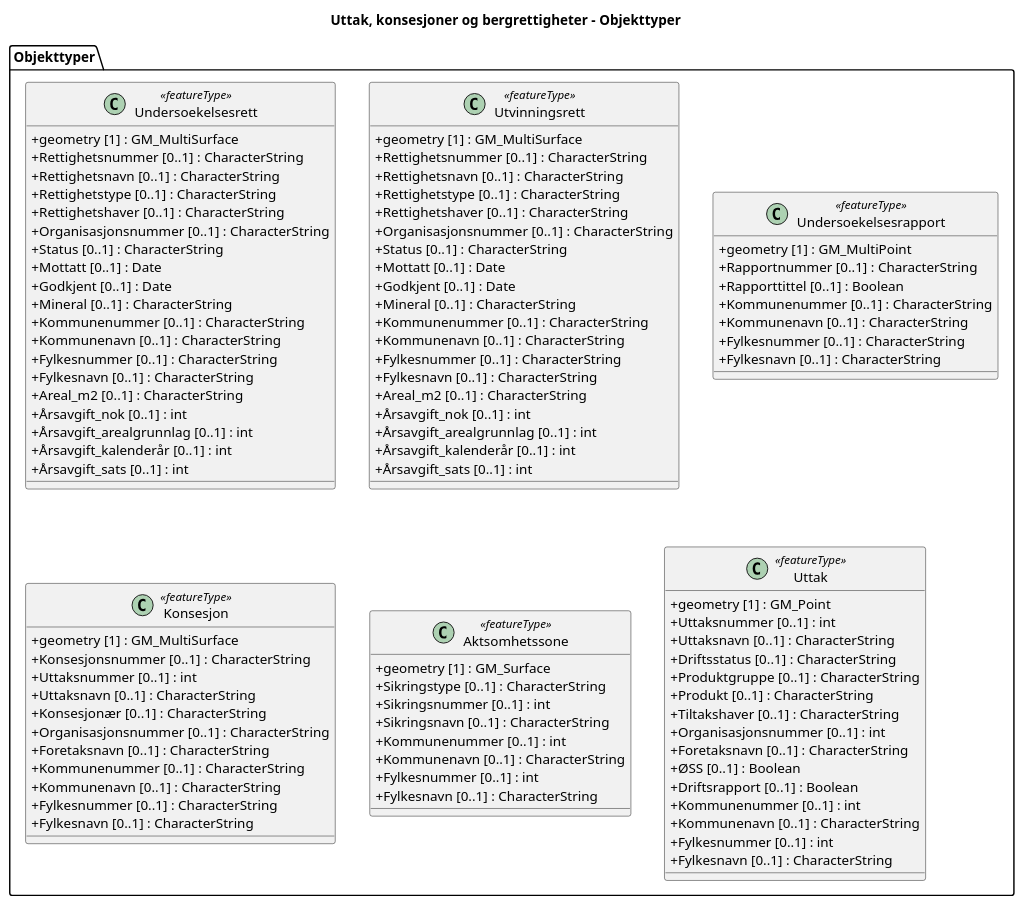
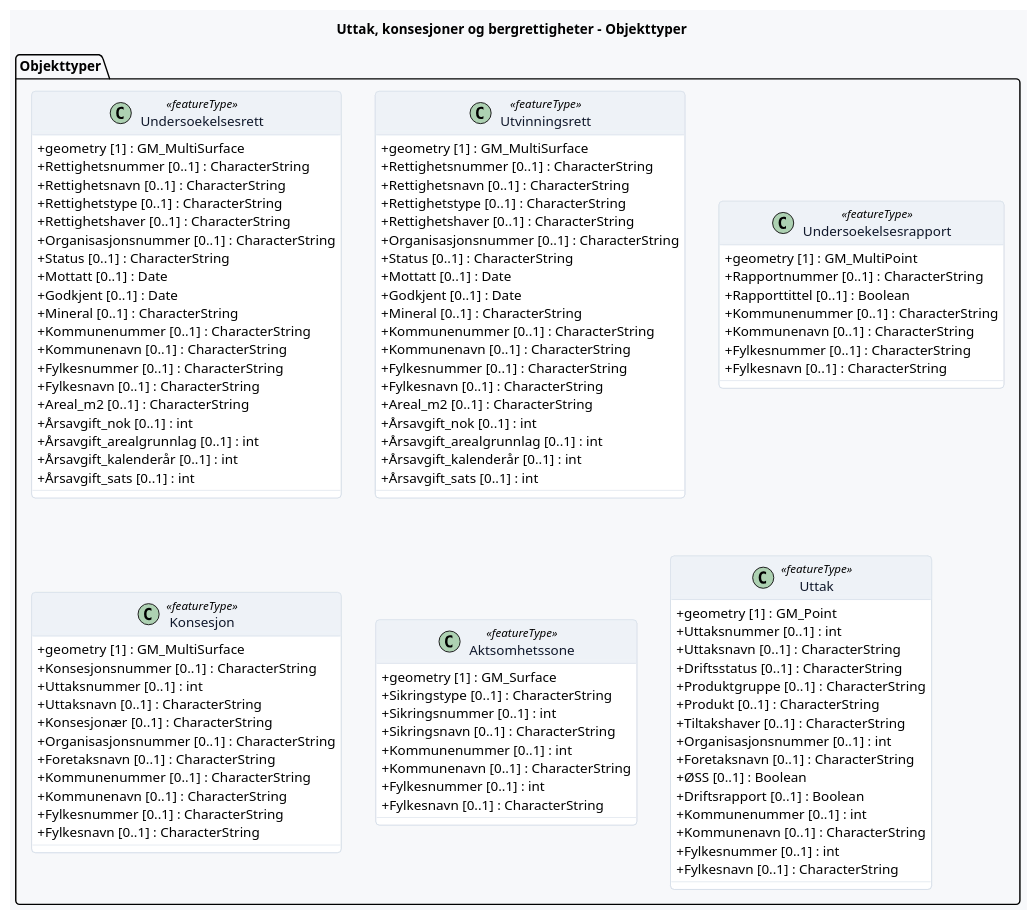
One commit to Arkitektum/produktspesifikasjon_dirmin changed the diagram in produktspesifikasjon/uttak/uttak_feature_catalogue.puml. Above: the diagram before and after it, drawn with PlantUML. The commit also changed 1 other file, not shown here.

```diff
--- a/produktspesifikasjon/uttak/uttak_feature_catalogue.puml
+++ b/produktspesifikasjon/uttak/uttak_feature_catalogue.puml
@@ -1,108 +1,120 @@
 @startuml
 title Uttak, konsesjoner og bergrettigheter - Objekttyper
 
+skinparam backgroundColor #F7F8FA
+skinparam shadowing false
+skinparam RoundCorner 8
+skinparam ArrowColor #94A3B8
 skinparam class {
+  BackgroundColor #FFFFFF
+  BorderColor #CBD5E1
+  FontColor #0F172A
+  HeaderBackgroundColor #EEF2F7
+  HeaderFontColor #0F172A
   AttributeIconSize 0
 }
+skinparam stereotypeCBackgroundColor #E2E8F0
+skinparam stereotypeCBorderColor #CBD5E1
+skinparam stereotypeCFontColor #0F172A
 
 package "Objekttyper" {
 
   class Undersoekelsesrett <<featureType>> {
     + geometry [1] : GM_MultiSurface
     + Rettighetsnummer [0..1] : CharacterString
     + Rettighetsnavn [0..1] : CharacterString
     + Rettighetstype [0..1] : CharacterString
     + Rettighetshaver [0..1] : CharacterString
     + Organisasjonsnummer [0..1] : CharacterString
     + Status [0..1] : CharacterString
     + Mottatt [0..1] : Date
     + Godkjent [0..1] : Date
     + Mineral [0..1] : CharacterString
     + Kommunenummer [0..1] : CharacterString
     + Kommunenavn [0..1] : CharacterString
     + Fylkesnummer [0..1] : CharacterString
     + Fylkesnavn [0..1] : CharacterString
     + Areal_m2 [0..1] : CharacterString
     + Årsavgift_nok [0..1] : int
     + Årsavgift_arealgrunnlag [0..1] : int
     + Årsavgift_kalenderår [0..1] : int
     + Årsavgift_sats [0..1] : int
   }
 
   class Utvinningsrett <<featureType>> {
     + geometry [1] : GM_MultiSurface
     + Rettighetsnummer [0..1] : CharacterString
     + Rettighetsnavn [0..1] : CharacterString
     + Rettighetstype [0..1] : CharacterString
     + Rettighetshaver [0..1] : CharacterString
     + Organisasjonsnummer [0..1] : CharacterString
     + Status [0..1] : CharacterString
     + Mottatt [0..1] : Date
     + Godkjent [0..1] : Date
     + Mineral [0..1] : CharacterString
     + Kommunenummer [0..1] : CharacterString
     + Kommunenavn [0..1] : CharacterString
     + Fylkesnummer [0..1] : CharacterString
     + Fylkesnavn [0..1] : CharacterString
     + Areal_m2 [0..1] : CharacterString
     + Årsavgift_nok [0..1] : int
     + Årsavgift_arealgrunnlag [0..1] : int
     + Årsavgift_kalenderår [0..1] : int
     + Årsavgift_sats [0..1] : int
   }
 
   class Undersoekelsesrapport <<featureType>> {
     + geometry [1] : GM_MultiPoint
     + Rapportnummer [0..1] : CharacterString
     + Rapporttittel [0..1] : Boolean
     + Kommunenummer [0..1] : CharacterString
     + Kommunenavn [0..1] : CharacterString
     + Fylkesnummer [0..1] : CharacterString
     + Fylkesnavn [0..1] : CharacterString
   }
 
   class Konsesjon <<featureType>> {
     + geometry [1] : GM_MultiSurface
     + Konsesjonsnummer [0..1] : CharacterString
     + Uttaksnummer [0..1] : int
     + Uttaksnavn [0..1] : CharacterString
     + Konsesjonær [0..1] : CharacterString
     + Organisasjonsnummer [0..1] : CharacterString
     + Foretaksnavn [0..1] : CharacterString
     + Kommunenummer [0..1] : CharacterString
     + Kommunenavn [0..1] : CharacterString
     + Fylkesnummer [0..1] : CharacterString
     + Fylkesnavn [0..1] : CharacterString
   }
 
   class Aktsomhetssone <<featureType>> {
     + geometry [1] : GM_Surface
     + Sikringstype [0..1] : CharacterString
     + Sikringsnummer [0..1] : int
     + Sikringsnavn [0..1] : CharacterString
     + Kommunenummer [0..1] : int
     + Kommunenavn [0..1] : CharacterString
     + Fylkesnummer [0..1] : int
     + Fylkesnavn [0..1] : CharacterString
   }
 
   class Uttak <<featureType>> {
     + geometry [1] : GM_Point
     + Uttaksnummer [0..1] : int
     + Uttaksnavn [0..1] : CharacterString
     + Driftsstatus [0..1] : CharacterString
     + Produktgruppe [0..1] : CharacterString
     + Produkt [0..1] : CharacterString
     + Tiltakshaver [0..1] : CharacterString
     + Organisasjonsnummer [0..1] : int
     + Foretaksnavn [0..1] : CharacterString
     + ØSS [0..1] : Boolean
     + Driftsrapport [0..1] : Boolean
     + Kommunenummer [0..1] : int
     + Kommunenavn [0..1] : CharacterString
     + Fylkesnummer [0..1] : int
     + Fylkesnavn [0..1] : CharacterString
   }
 }
 
 @enduml
```
